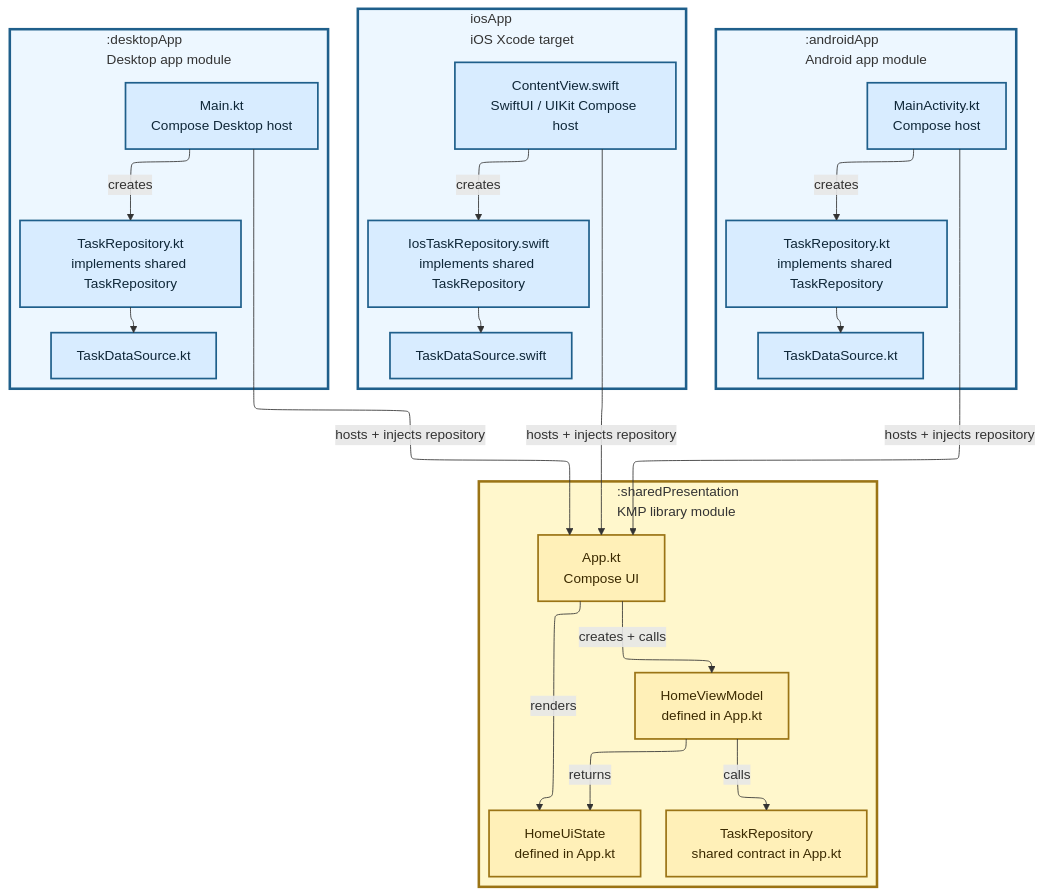
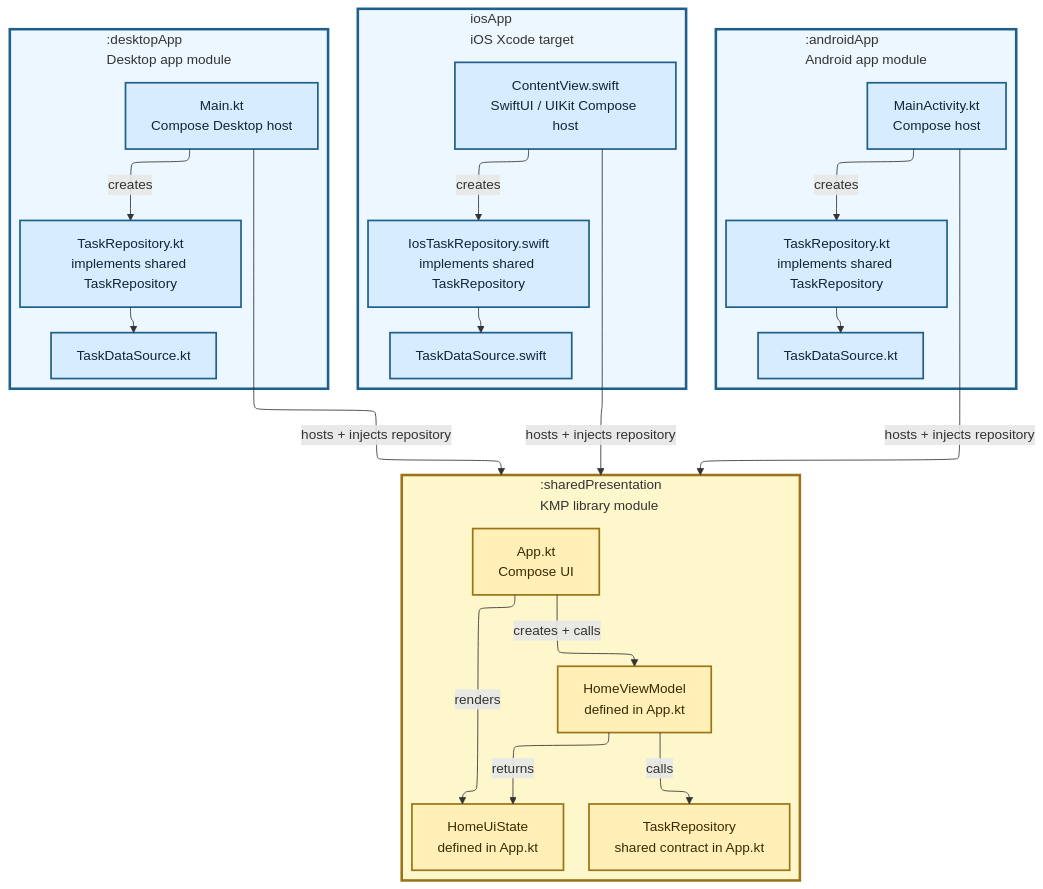
Before and after one commit to TheSetox/kmp-sample-diagrams: the diagram in diagrams/06-kmp-presentation-layer.md, drawn with Mermaid. The commit also changed 38 other files, not shown here.

Commit message:
docs: clarify diagram typography and routing

````diff
--- a/diagrams/06-kmp-presentation-layer.md
+++ b/diagrams/06-kmp-presentation-layer.md
@@ -5,60 +5,60 @@
 ```mermaid
 ---
 config:
   layout: elk
   elk:
     nodePlacementStrategy: LINEAR_SEGMENTS
 ---
 flowchart TB
   subgraph Android[":androidApp\nAndroid app module"]
     direction TB
     AEntry["MainActivity.kt\nCompose host"]
     ARepository["TaskRepository.kt\nimplements shared TaskRepository"]
     ADataSource["TaskDataSource.kt"]
     AEntry -->|"creates"| ARepository
     ARepository --> ADataSource
   end
 
   subgraph IOS["iosApp\niOS Xcode target"]
     direction TB
     IEntry["ContentView.swift\nSwiftUI / UIKit Compose host"]
     IRepository["IosTaskRepository.swift\nimplements shared TaskRepository"]
     IDataSource["TaskDataSource.swift"]
     IEntry -->|"creates"| IRepository
     IRepository --> IDataSource
   end
 
   subgraph Desktop[":desktopApp\nDesktop app module"]
     direction TB
     DEntry["Main.kt\nCompose Desktop host"]
     DRepository["TaskRepository.kt\nimplements shared TaskRepository"]
     DDataSource["TaskDataSource.kt"]
     DEntry -->|"creates"| DRepository
     DRepository --> DDataSource
   end
 
   subgraph KMP[":sharedPresentation\nKMP library module"]
     direction TB
     App["App.kt\nCompose UI"]
     VM["HomeViewModel\ndefined in App.kt"]
     State["HomeUiState\ndefined in App.kt"]
     RepositoryPort["TaskRepository\nshared contract in App.kt"]
     App -->|"creates + calls"| VM
     App -->|"renders"| State
     VM -->|"returns"| State
     VM -->|"calls"| RepositoryPort
   end
 
-  DEntry -->|"hosts + injects repository"| App
-  IEntry -->|"hosts + injects repository"| App
-  AEntry -->|"hosts + injects repository"| App
+  DEntry -->|"hosts + injects repository"| KMP
+  IEntry -->|"hosts + injects repository"| KMP
+  AEntry -->|"hosts + injects repository"| KMP
 
   classDef app fill:#d8ecff,stroke:#1f5f8b,color:#0f2738,stroke-width:2px;
   classDef kmp fill:#fff0b8,stroke:#9b7415,color:#3b2a00,stroke-width:2px;
   class AEntry,ARepository,ADataSource,IEntry,IRepository,IDataSource,DEntry,DRepository,DDataSource app;
   class App,VM,State,RepositoryPort kmp;
   style Android fill:#edf7ff,stroke:#1f5f8b,stroke-width:3px
   style IOS fill:#edf7ff,stroke:#1f5f8b,stroke-width:3px
   style Desktop fill:#edf7ff,stroke:#1f5f8b,stroke-width:3px
   style KMP fill:#fff7cc,stroke:#9b7415,stroke-width:3px
 ```
````
